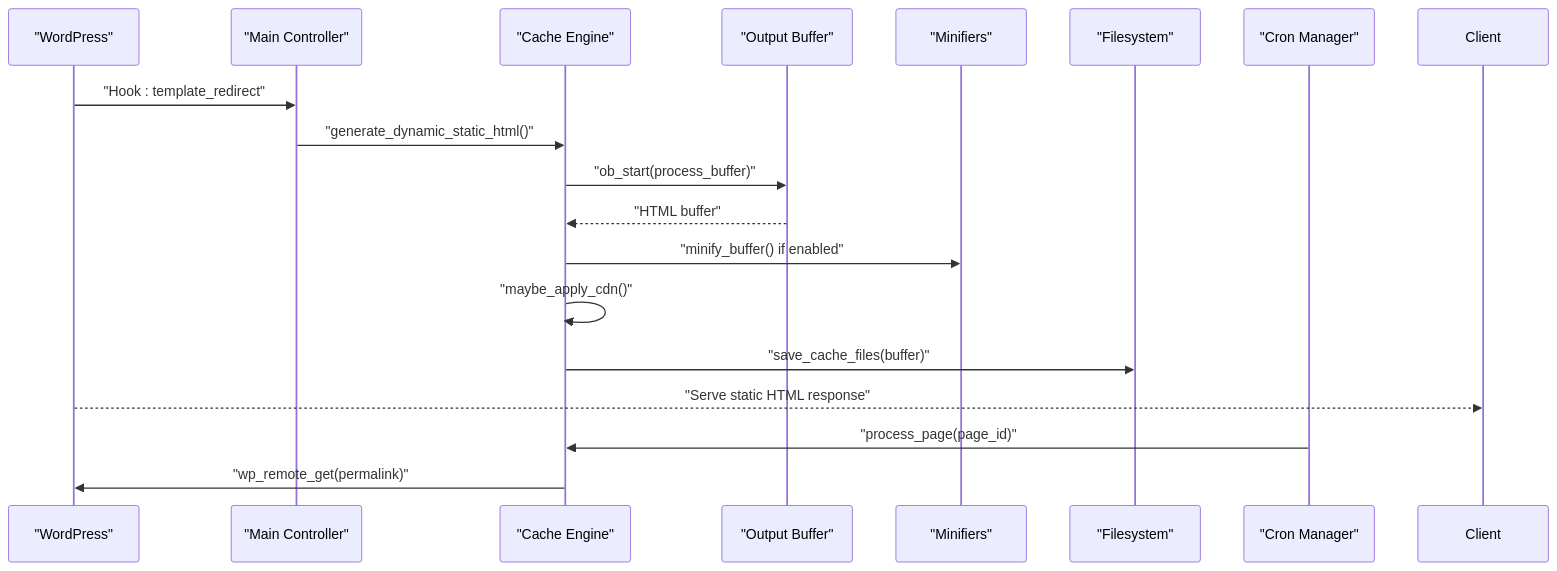
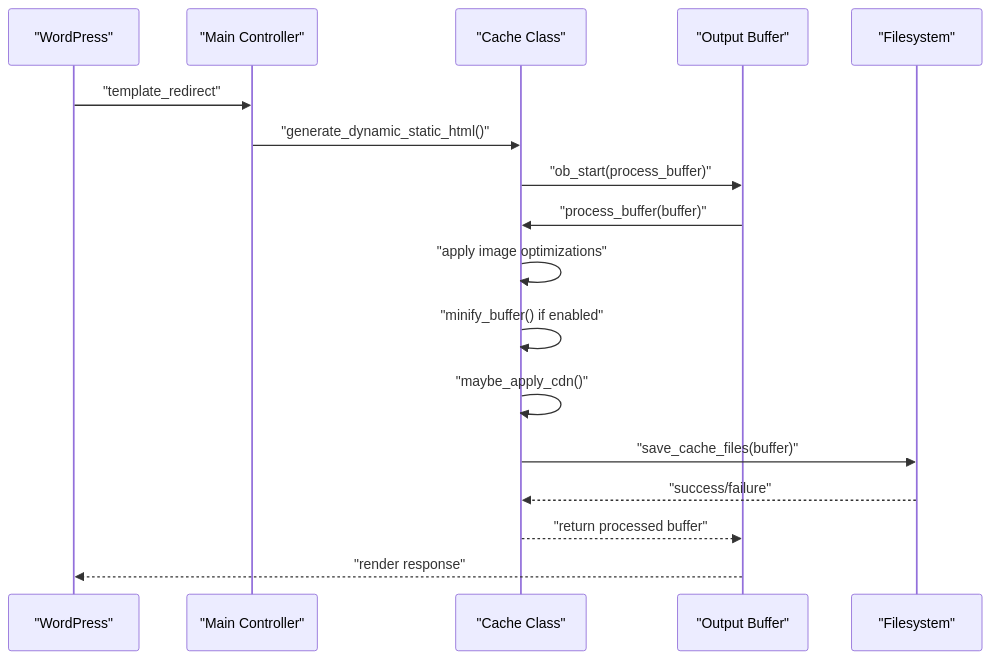
Before and after one commit to nilesh32236/performance-optimisation: the second of 5 diagrams in .qoder/repowiki/en/content/Caching System/Dynamic Static HTML Caching.md, drawn with Mermaid. The commit also changed other lines of this file and 46 other files, not shown here.

````diff
--- a/.qoder/repowiki/en/content/Caching System/Dynamic Static HTML Caching.md
+++ b/.qoder/repowiki/en/content/Caching System/Dynamic Static HTML Caching.md
@@ -88,20 +84,19 @@
 ```mermaid
 sequenceDiagram
 participant WP as "WordPress"
 participant Main as "Main Controller"
-participant Cache as "Cache Engine"
+participant Cache as "Cache Class"
 participant Buffer as "Output Buffer"
-participant Min as "Minifiers"
-participant FS as "Filesystem"
-participant Cron as "Cron Manager"
-WP->>Main : "Hook : template_redirect"
+participant IO as "Filesystem"
+WP->>Main : "template_redirect"
 Main->>Cache : "generate_dynamic_static_html()"
 Cache->>Buffer : "ob_start(process_buffer)"
-Buffer-->>Cache : "HTML buffer"
-Cache->>Min : "minify_buffer() if enabled"
+Buffer->>Cache : "process_buffer(buffer)"
+Cache->>Cache : "apply image optimizations"
+Cache->>Cache : "minify_buffer() if enabled"
 Cache->>Cache : "maybe_apply_cdn()"
-Cache->>FS : "save_cache_files(buffer)"
-WP-->>Client : "Serve static HTML response"
-Cron->>Cache : "process_page(page_id)"
-Cache->>WP : "wp_remote_get(permalink)"
+Cache->>IO : "save_cache_files(buffer)"
+IO-->>Cache : "success/failure"
+Cache-->>Buffer : "return processed buffer"
+Buffer-->>WP : "render response"
 ```
````
